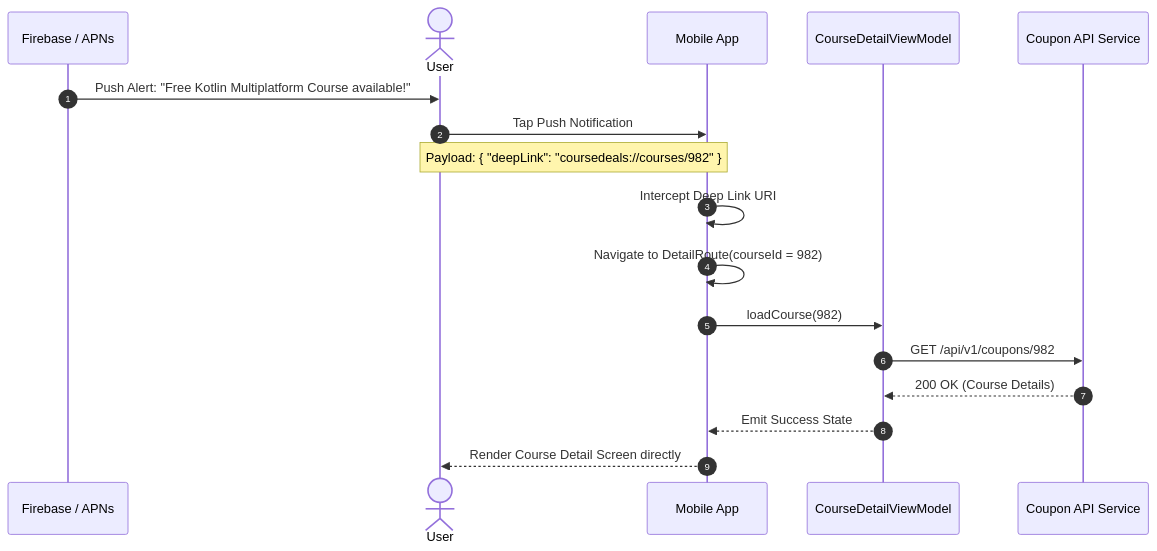
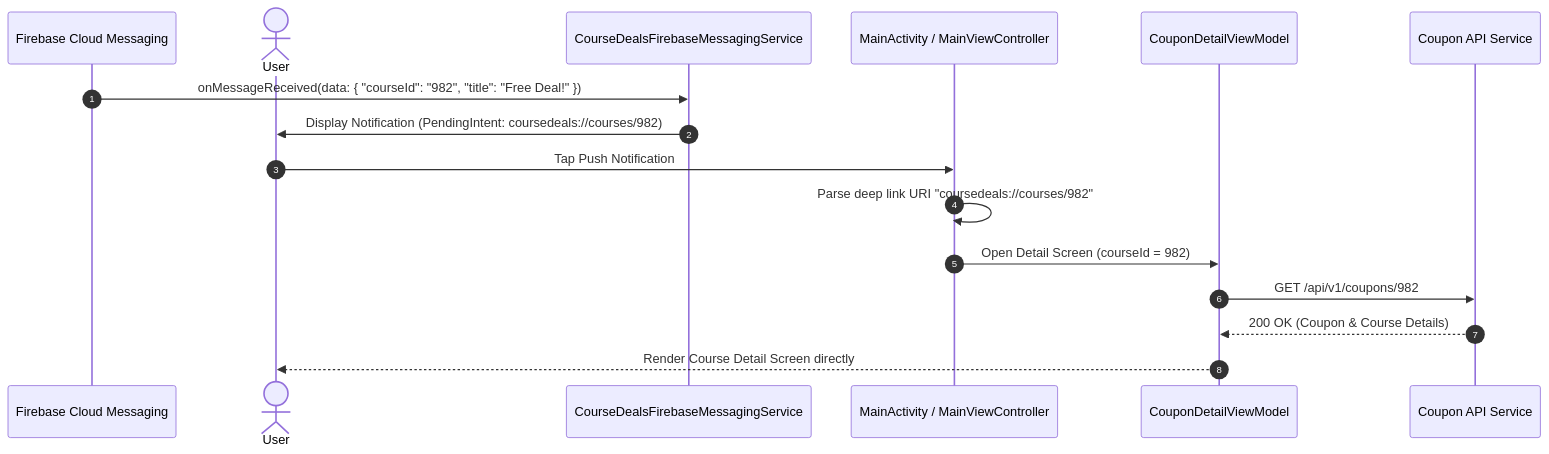
Before and after one commit to Huythanh0x/course_deals_ComposeMultiplatform: the fourth of 4 diagrams in docs/product/flows/04-notification-and-deep-linking.md, drawn with Mermaid. The commit also changed other lines of this file and 39 other files, not shown here.

````diff
--- a/docs/product/flows/04-notification-and-deep-linking.md
+++ b/docs/product/flows/04-notification-and-deep-linking.md
@@ -36,20 +99,19 @@
 ```mermaid
 sequenceDiagram
     autonumber
-    participant FCM as Firebase / APNs
+    participant FCM as Firebase Cloud Messaging
     actor User
-    participant App as Mobile App
-    participant VM as CourseDetailViewModel
+    participant Service as CourseDealsFirebaseMessagingService
+    participant MainAct as MainActivity / MainViewController
+    participant VM as CouponDetailViewModel
     participant BE as Coupon API Service
 
-    FCM->>User: Push Alert: "Free Kotlin Multiplatform Course available!"
-    User->>App: Tap Push Notification
-    Note over User,App: Payload: { "deepLink": "coursedeals://courses/982" }
-    App->>App: Intercept Deep Link URI
-    App->>App: Navigate to DetailRoute(courseId = 982)
-    App->>VM: loadCourse(982)
+    FCM->>Service: onMessageReceived(data: { "courseId": "982", "title": "Free Deal!" })
+    Service->>User: Display Notification (PendingIntent: coursedeals://courses/982)
+    User->>MainAct: Tap Push Notification
+    MainAct->>MainAct: Parse deep link URI "coursedeals://courses/982"
+    MainAct->>VM: Open Detail Screen (courseId = 982)
     VM->>BE: GET /api/v1/coupons/982
-    BE-->>VM: 200 OK (Course Details)
-    VM-->>App: Emit Success State
-    App-->>User: Render Course Detail Screen directly
+    BE-->>VM: 200 OK (Coupon & Course Details)
+    VM-->>User: Render Course Detail Screen directly
 ```
````
